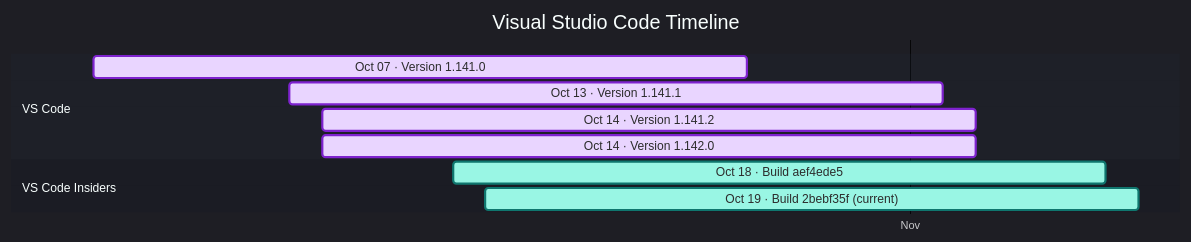
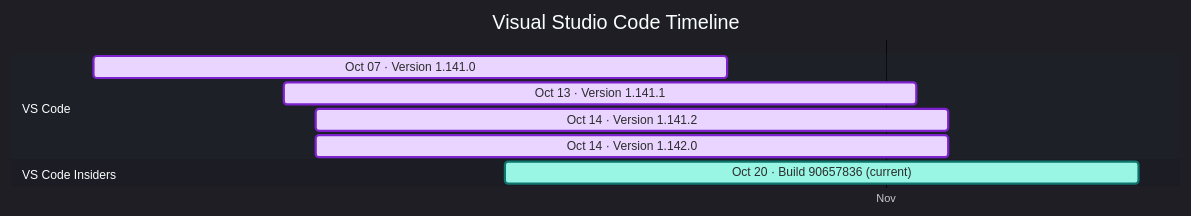
Before and after one commit to Oxelya-DevTools/VisualStudioUpdate: the diagram in docs/vscode.md, drawn with Mermaid. The commit also changed other lines of this file and 1 other file, not shown here.

````diff
--- a/docs/vscode.md
+++ b/docs/vscode.md
@@ -9,16 +9,15 @@
 ```mermaid
 %%{init: {'theme':'dark','themeVariables': { 'fontFamily': 'Segoe UI', 'fontSize': '24px', 'textColor': '#F3F4F6', 'titleTextColor': '#FFFFFF', 'taskTextColor': '#111827', 'taskTextLightColor': '#111827', 'taskTextOutsideColor': '#F3F4F6', 'taskBkgColor': '#BAE6FD', 'taskBorderColor': '#0369A1', 'doneTaskBkgColor': '#E9D5FF', 'doneTaskBorderColor': '#7E22CE', 'activeTaskBkgColor': '#99F6E4', 'activeTaskBorderColor': '#0F766E', 'critTaskBkgColor': '#FED7AA', 'critTaskBorderColor': '#C2410C', 'sectionBkgColor': '#1F2937', 'altSectionBkgColor': '#111827', 'gridColor': '#4B5563', 'todayLineColor': '#F87171' }}}%%
 gantt
     title Visual Studio Code Timeline
     dateFormat  YYYY-MM-DD
     axisFormat  %b
     tickInterval 1month
     section VS Code
     Oct 07 · Version 1.141.0 : done, vscode202610070, 2026-10-07, 20d
     Oct 13 · Version 1.141.1 : done, vscode202610131, 2026-10-13, 20d
     Oct 14 · Version 1.141.2 : done, vscode202610142, 2026-10-14, 20d
     Oct 14 · Version 1.142.0 : done, vscode202610143, 2026-10-14, 20d
     section VS Code Insiders
-    Oct 18 · Build aef4ede5 : active, vscodeinsiders202610180, 2026-10-18, 20d
-    Oct 19 · Build 2bebf35f (current) : active, vscodeinsiders202610191, 2026-10-19, 20d
+    Oct 20 · Build 90657836 (current) : active, vscodeinsiders202610200, 2026-10-20, 20d
 ```
````
